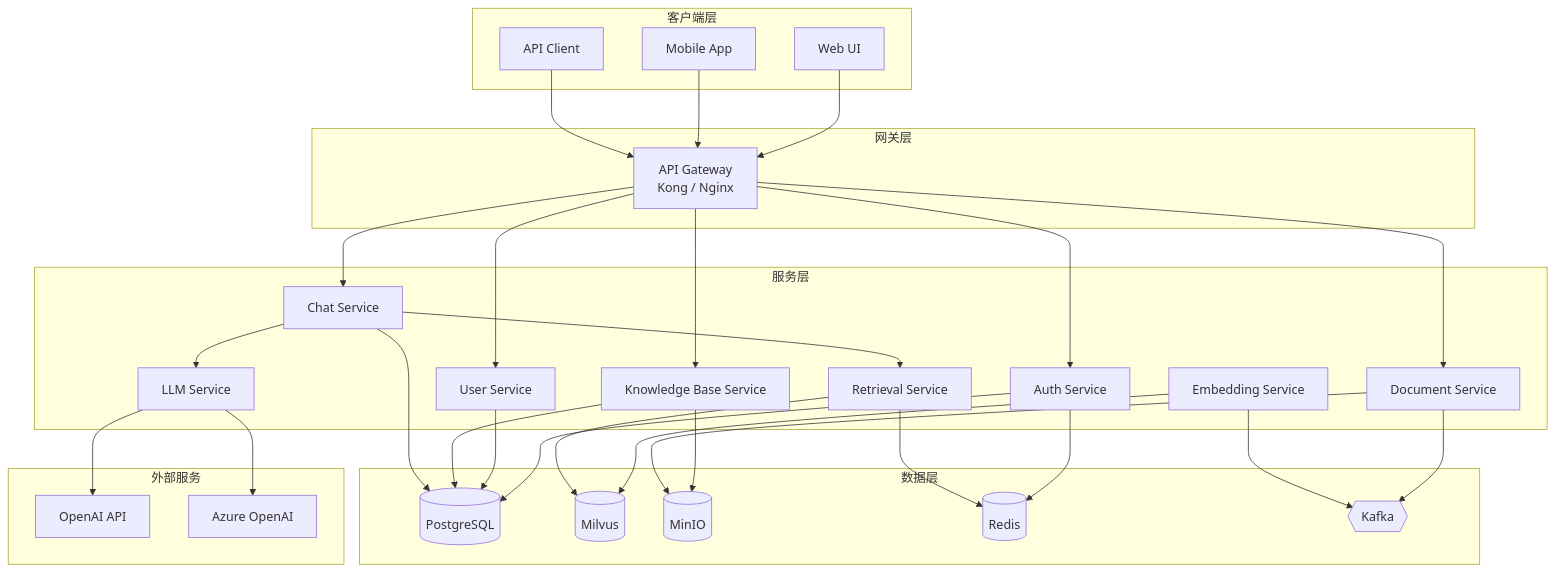
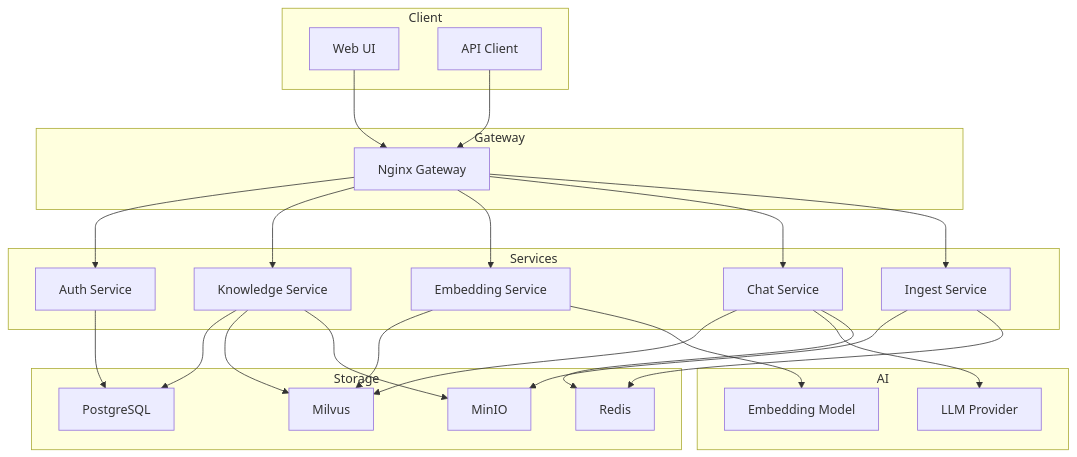
The first of 3 diagrams in docs/architecture/overview.md (NblScript/KnowledgeBot), drawn with Mermaid before and after one commit. The commit also changed other lines of this file and 16 other files, not shown here.

````diff
--- a/docs/architecture/overview.md
+++ b/docs/architecture/overview.md
@@ -7,63 +47,51 @@
 ```mermaid
 graph TB
-    subgraph "客户端层"
-        WebUI[Web UI]
-        MobileApp[Mobile App]
-        APIClient[API Client]
+    subgraph Client
+        Web[Web UI]
+        API[API Client]
     end
     
-    subgraph "网关层"
-        Gateway[API Gateway<br/>Kong / Nginx]
+    subgraph Gateway
+        GW[Nginx Gateway]
     end
     
-    subgraph "服务层"
-        AuthService[Auth Service]
-        UserService[User Service]
-        KnowledgeBaseService[Knowledge Base Service]
-        DocumentService[Document Service]
-        EmbeddingService[Embedding Service]
-        RetrievalService[Retrieval Service]
-        LLMService[LLM Service]
-        ChatService[Chat Service]
+    subgraph Services
+        Auth[Auth Service]
+        KB[Knowledge Service]
+        Emb[Embedding Service]
+        Chat[Chat Service]
+        Ingest[Ingest Service]
     end
     
-    subgraph "数据层"
-        PostgreSQL[(PostgreSQL)]
-        Milvus[(Milvus)]
-        MinIO[(MinIO)]
-        Redis[(Redis)]
-        Kafka{{Kafka}}
+    subgraph Storage
+        PG[PostgreSQL]
+        Milvus[Milvus]
+        Redis[Redis]
+        MinIO[MinIO]
     end
     
-    subgraph "外部服务"
-        OpenAI[OpenAI API]
-        AzureOpenAI[Azure OpenAI]
+    subgraph AI
+        LLM[LLM Provider]
+        EmbedModel[Embedding Model]
     end
     
-    WebUI --> Gateway
-    MobileApp --> Gateway
-    APIClient --> Gateway
+    Web --> GW
+    API --> GW
+    GW --> Auth
+    GW --> KB
+    GW --> Emb
+    GW --> Chat
+    GW --> Ingest
     
-    Gateway --> AuthService
-    Gateway --> ChatService
-    Gateway --> KnowledgeBaseService
-    Gateway --> DocumentService
-    Gateway --> UserService
-    
-    AuthService --> PostgreSQL
-    AuthService --> Redis
-    UserService --> PostgreSQL
-    KnowledgeBaseService --> PostgreSQL
-    KnowledgeBaseService --> MinIO
-    DocumentService --> MinIO
-    DocumentService --> Kafka
-    EmbeddingService --> Kafka
-    EmbeddingService --> Milvus
-    RetrievalService --> Milvus
-    RetrievalService --> Redis
-    LLMService --> OpenAI
-    LLMService --> AzureOpenAI
-    ChatService --> RetrievalService
-    ChatService --> LLMService
-    ChatService --> PostgreSQL
+    Auth --> PG
+    KB --> PG
+    KB --> Milvus
+    KB --> MinIO
+    Emb --> Milvus
+    Emb --> EmbedModel
+    Chat --> Milvus
+    Chat --> LLM
+    Chat --> Redis
+    Ingest --> MinIO
+    Ingest --> Redis
 ```
````
